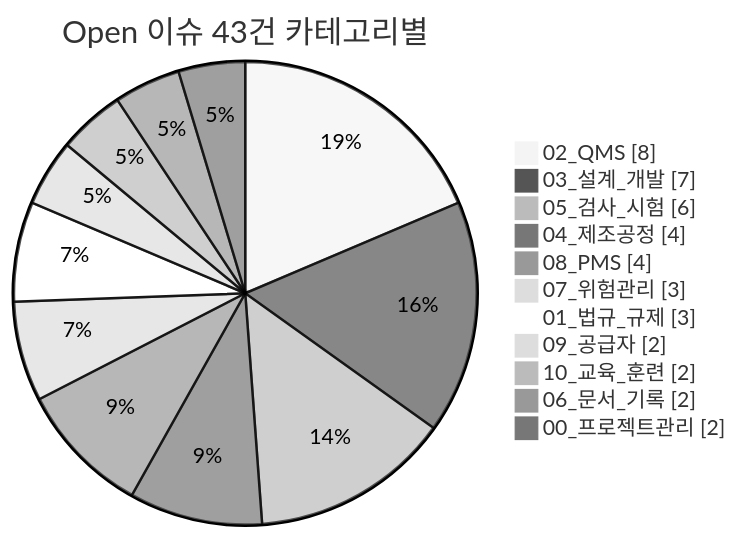
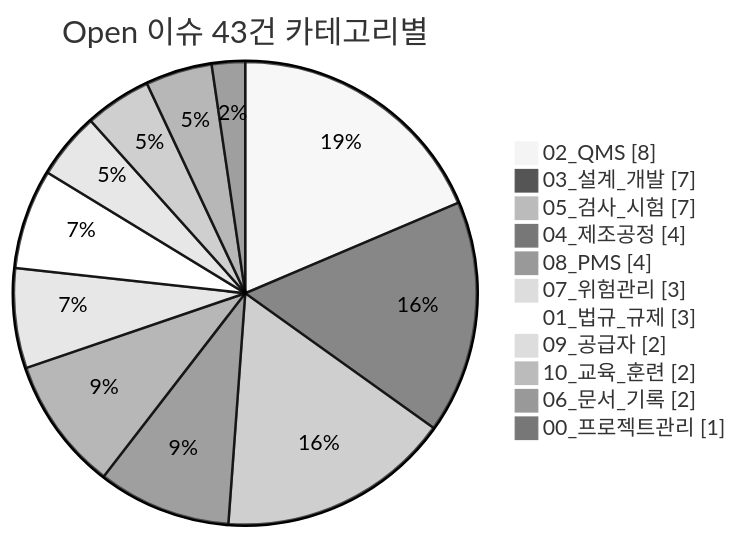
One commit to holee9/MD-process changed the fourth of 4 diagrams in README.md. Above: the diagram before and after it, drawn with Mermaid (neutral theme). The commit also changed other lines of this file, not shown here.

````diff
--- a/README.md
+++ b/README.md
@@ -173,15 +173,15 @@
 ```mermaid
 pie showData
     title Open 이슈 43건 카테고리별
     "02_QMS" : 8
     "03_설계_개발" : 7
-    "05_검사_시험" : 6
+    "05_검사_시험" : 7
     "04_제조공정" : 4
     "08_PMS" : 4
     "07_위험관리" : 3
     "01_법규_규제" : 3
     "09_공급자" : 2
     "10_교육_훈련" : 2
     "06_문서_기록" : 2
-    "00_프로젝트관리" : 2
+    "00_프로젝트관리" : 1
 ```
````
